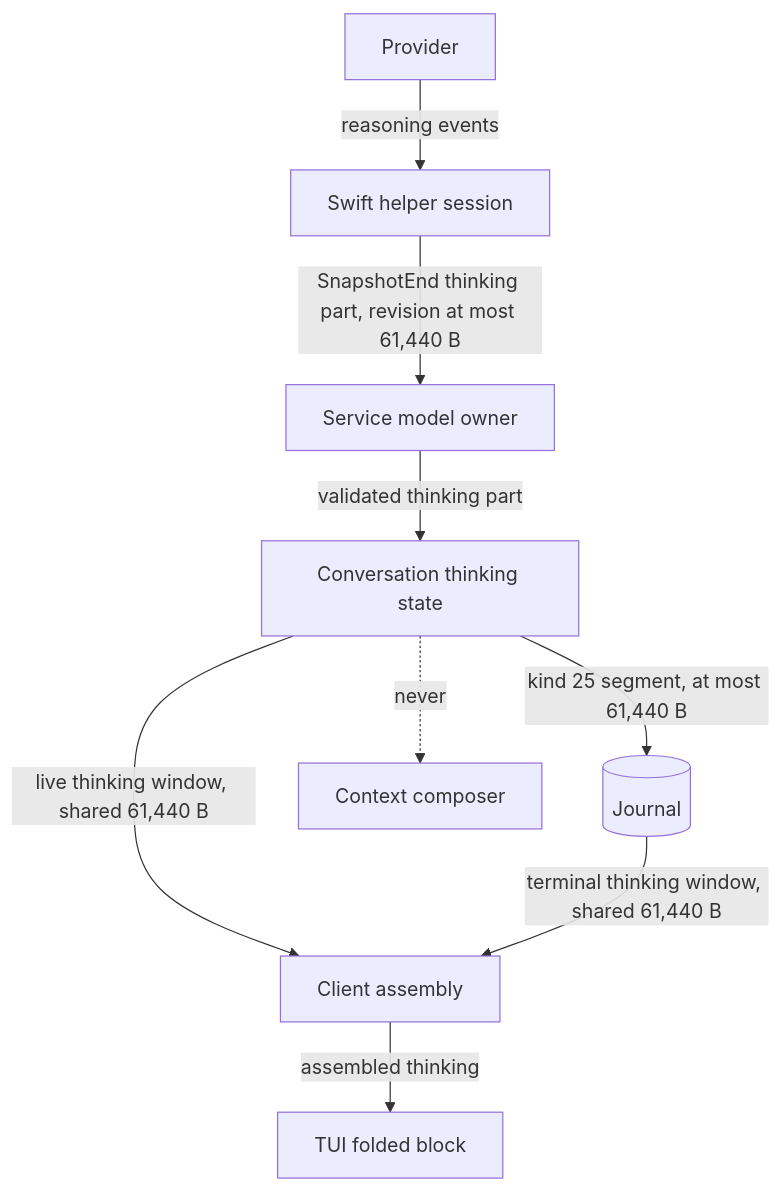
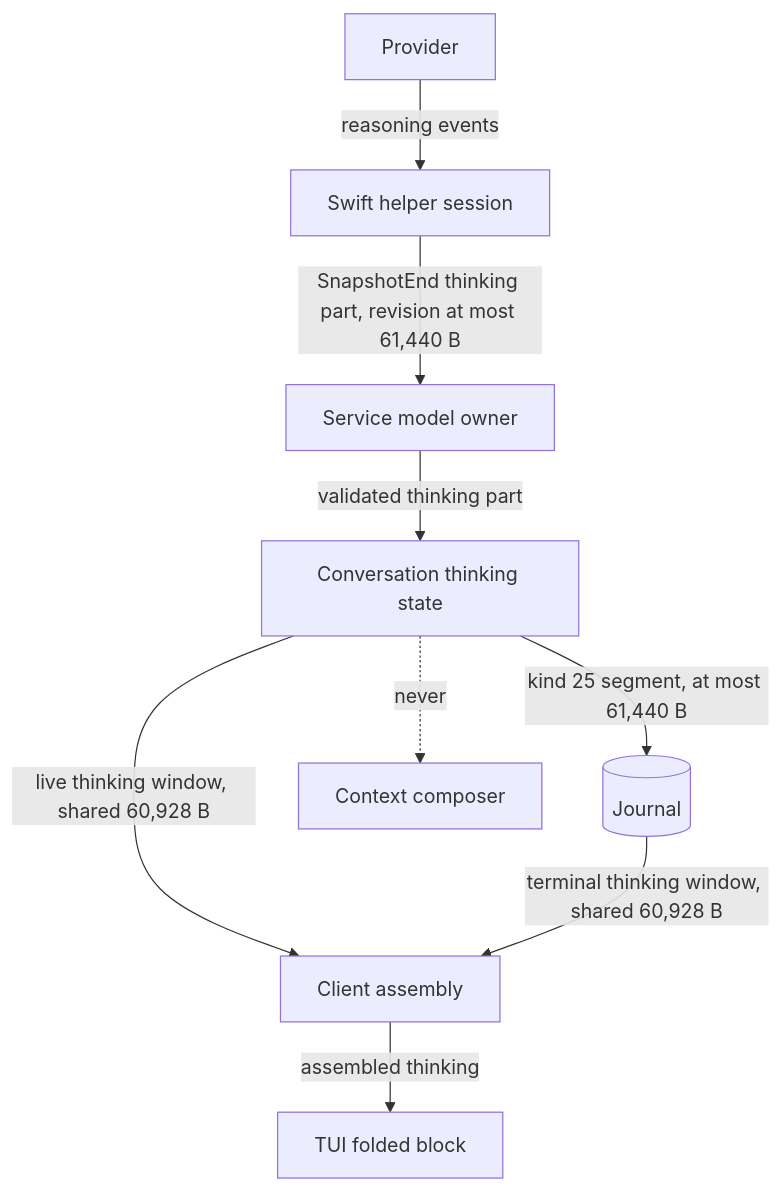
Before and after one commit to pidster/asura: the second of 7 diagrams in docs/designs/thinking-level.md, drawn with Mermaid. The commit also changed other lines of this file and 14 other files, not shown here.

````diff
--- a/docs/designs/thinking-level.md
+++ b/docs/designs/thinking-level.md
@@ -157,11 +157,11 @@
 ```mermaid
 flowchart TB
     Provider["Provider"] -->|"reasoning events"| Helper["Swift helper session"]
     Helper -->|"SnapshotEnd thinking part, revision at most 61,440 B"| MO["Service model owner"]
     MO -->|"validated thinking part"| Conv["Conversation thinking state"]
     Conv -->|"kind 25 segment, at most 61,440 B"| J[("Journal")]
-    Conv -->|"live thinking window, shared 61,440 B"| Client["Client assembly"]
-    J -->|"terminal thinking window, shared 61,440 B"| Client
+    Conv -->|"live thinking window, shared 60,928 B"| Client["Client assembly"]
+    J -->|"terminal thinking window, shared 60,928 B"| Client
     Client -->|"assembled thinking"| Log["TUI folded block"]
     Conv -.->|"never"| Composer["Context composer"]
 ```
````
